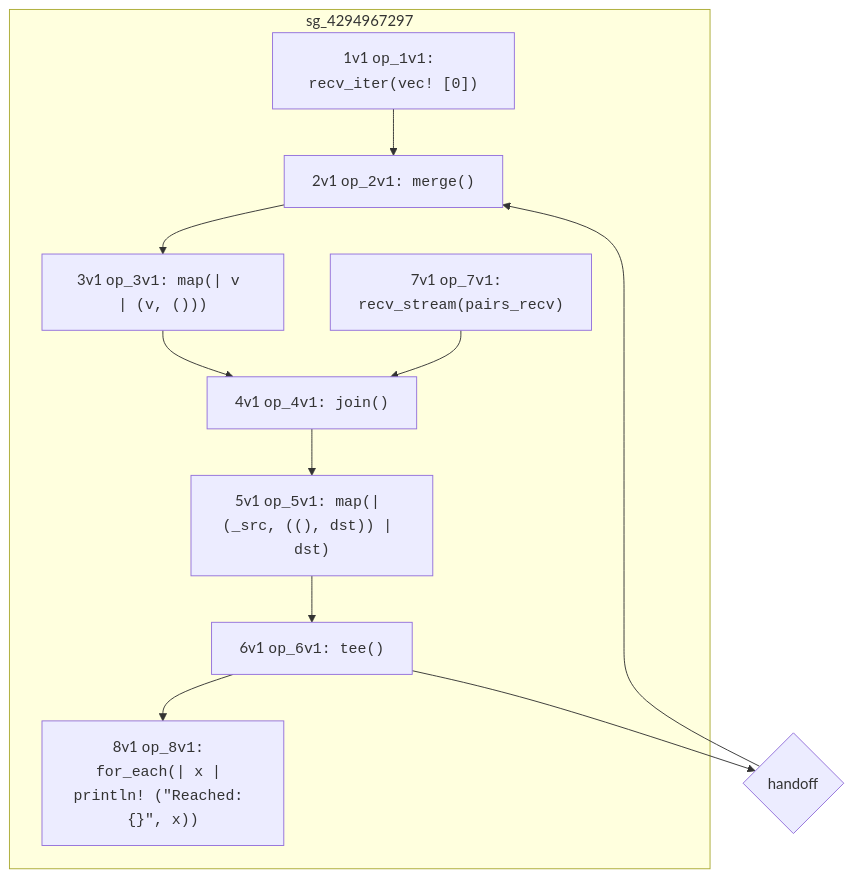
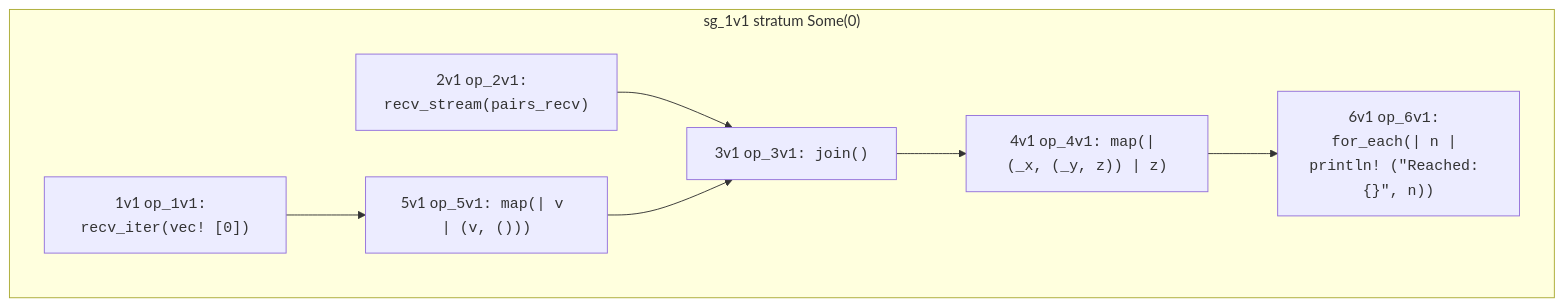
One commit to nickjiang2378/hydroflow changed the second of 2 diagrams in book/example_4_surface.md. Above: the diagram before and after it, drawn with Mermaid. The commit also changed other lines of this file and 10 other files, not shown here.

````diff
--- a/book/example_4_surface.md
+++ b/book/example_4_surface.md
@@ -131,25 +126,18 @@
 ```mermaid
 flowchart TB
-    subgraph sg_4294967297
+    subgraph "sg_1v1 stratum Some(0)"
         1v1["1v1 <tt>op_1v1: recv_iter(vec! [0])</tt>"]
-        2v1["2v1 <tt>op_2v1: merge()</tt>"]
-        3v1["3v1 <tt>op_3v1: map(| v | (v, ()))</tt>"]
-        7v1["7v1 <tt>op_7v1: recv_stream(pairs_recv)</tt>"]
-        4v1["4v1 <tt>op_4v1: join()</tt>"]
-        5v1["5v1 <tt>op_5v1: map(| (_src, ((), dst)) | dst)</tt>"]
-        6v1["6v1 <tt>op_6v1: tee()</tt>"]
-        8v1["8v1 <tt>op_8v1: for_each(| x | println! (&quot;Reached: {}&quot;, x))</tt>"]
+        2v1["2v1 <tt>op_2v1: recv_stream(pairs_recv)</tt>"]
+        5v1["5v1 <tt>op_5v1: map(| v | (v, ()))</tt>"]
+        3v1["3v1 <tt>op_3v1: join()</tt>"]
+        4v1["4v1 <tt>op_4v1: map(| (_x, (_y, z)) | z)</tt>"]
+        6v1["6v1 <tt>op_6v1: for_each(| n | println! (&quot;Reached: {}&quot;, n))</tt>"]
     end
 
-    9v1{"handoff"}
 
-    1v1-->2v1
+    1v1-->5v1
     2v1-->3v1
     3v1-->4v1
-    4v1-->5v1
-    5v1-->6v1
-    6v1-->9v1
-    6v1-->8v1
-    7v1-->4v1
-    9v1-->2v1
+    4v1-->6v1
+    5v1-->3v1
 ```
````
